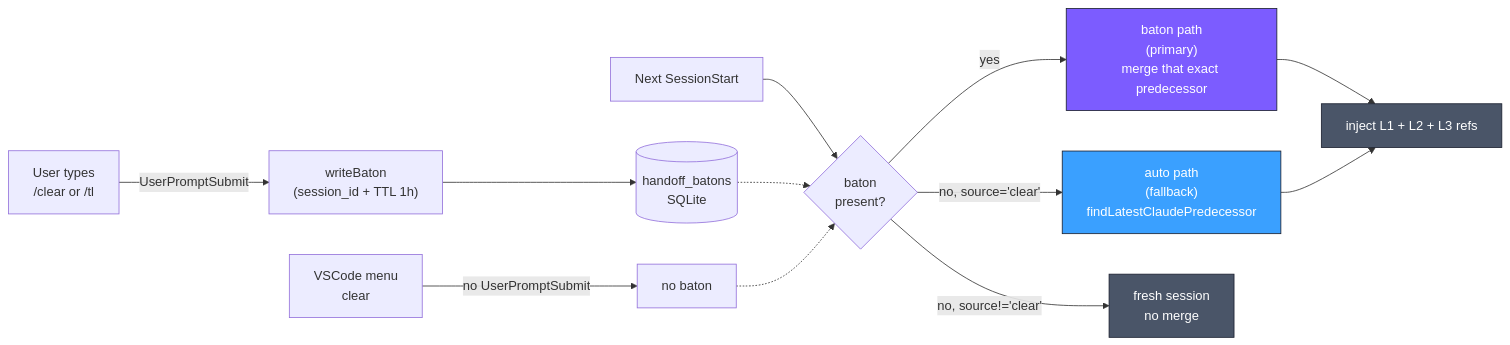
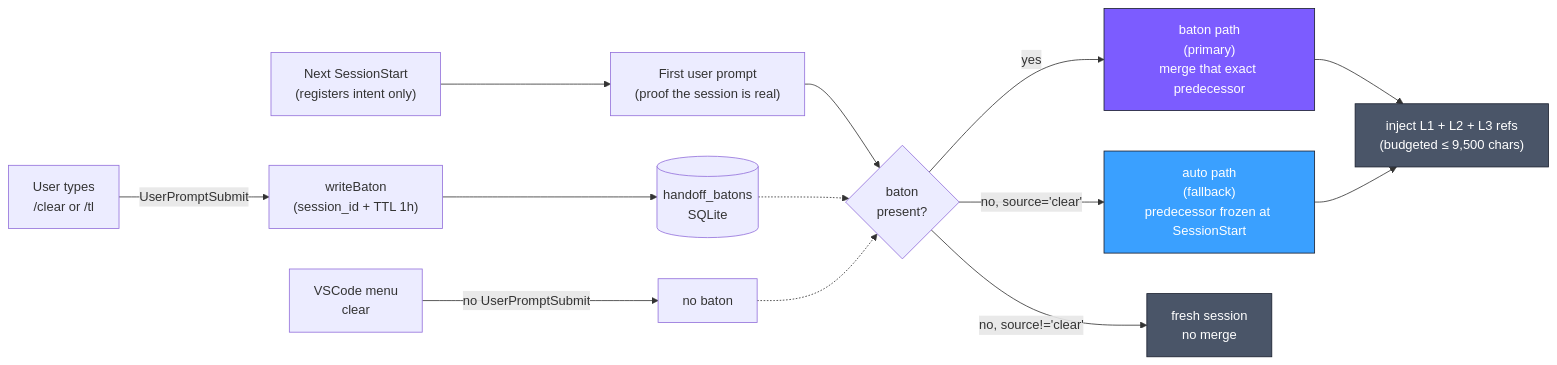
The third of 3 diagrams in README.md (kitepon-rgb/Throughline), drawn with Mermaid before and after one commit. The commit also changed other lines of this file and 20 other files, not shown here.

````diff
--- a/README.md
+++ b/README.md
@@ -175,21 +175,22 @@
 ```mermaid
 flowchart LR
     U["User types<br/>/clear or /tl"] -->|UserPromptSubmit| W["writeBaton<br/>(session_id + TTL 1h)"]
     W --> B[("handoff_batons<br/>SQLite")]
     M["VSCode menu<br/>clear"] -->|no UserPromptSubmit| X["no baton"]
-    NS["Next SessionStart"] --> C{"baton<br/>present?"}
+    NS["Next SessionStart<br/>(registers intent only)"] --> FP["First user prompt<br/>(proof the session is real)"]
+    FP --> C{"baton<br/>present?"}
     B -.-> C
     X -.-> C
     C -->|yes| P1["baton path<br/>(primary)<br/>merge that exact predecessor"]
-    C -->|no, source='clear'| P2["auto path<br/>(fallback)<br/>findLatestClaudePredecessor"]
+    C -->|no, source='clear'| P2["auto path<br/>(fallback)<br/>predecessor frozen at SessionStart"]
     C -->|no, source!='clear'| P3["fresh session<br/>no merge"]
-    P1 --> INJ["inject L1 + L2 + L3 refs"]
+    P1 --> INJ["inject L1 + L2 + L3 refs<br/>(budgeted ≤ 9,500 chars)"]
     P2 --> INJ
 
     classDef primary fill:#7c5cff,stroke:#1a1f2e,color:#fff
     classDef fallback fill:#3aa0ff,stroke:#1a1f2e,color:#fff
     classDef neutral fill:#4a5568,stroke:#1a1f2e,color:#fff
     class P1 primary
     class P2 fallback
     class P3,INJ neutral
 ```
````
